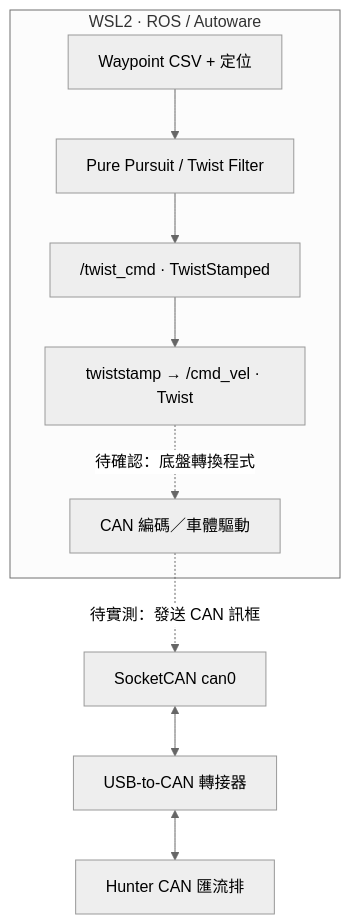
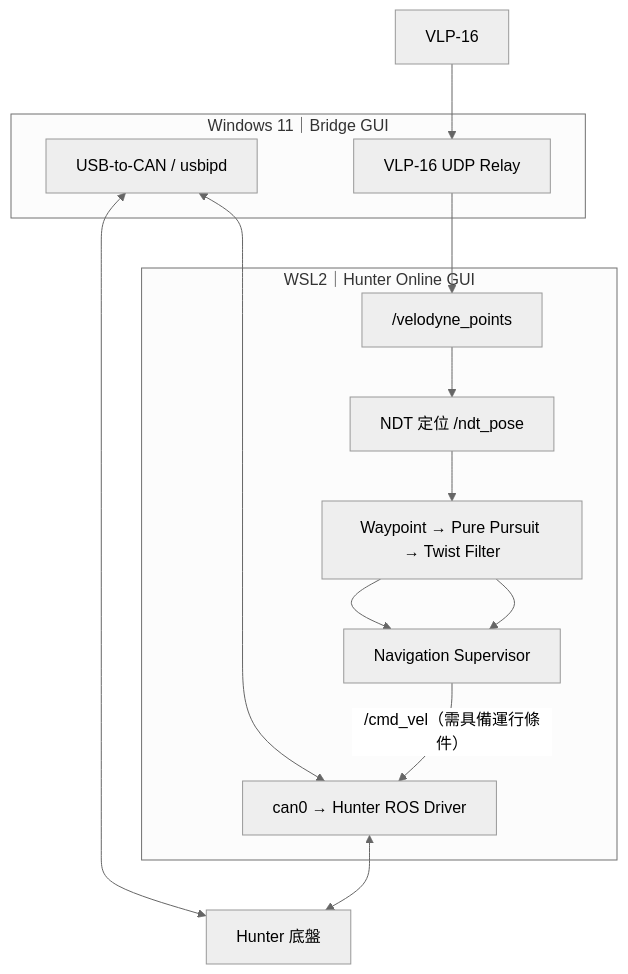
The diagram in README.md (SeaFu/Hunter-Autoware-Lite-WSL2), drawn with Mermaid (neutral theme) before and after one commit. The commit also changed other lines of this file and 26 other files, not shown here.

````diff
--- a/README.md
+++ b/README.md
@@ -69,12 +50,20 @@
 ```mermaid
 flowchart TB
-    subgraph ROS["WSL2 · ROS / Autoware"]
-      A["Waypoint CSV + 定位"] --> B["Pure Pursuit / Twist Filter"]
-      B --> C["/twist_cmd · TwistStamped"]
-      C --> D["twiststamp → /cmd_vel · Twist"]
-      D -. "待確認：底盤轉換程式" .-> E["CAN 編碼／車體驅動"]
+    subgraph Win["Windows 11｜Bridge GUI"]
+      USB["USB-to-CAN / usbipd"]
+      UDP["VLP-16 UDP Relay"]
     end
-    E -. "待實測：發送 CAN 訊框" .-> F["SocketCAN can0"]
-    F <--> G["USB-to-CAN 轉接器"]
-    G <--> H["Hunter CAN 匯流排"]
+    subgraph WSL["WSL2｜Hunter Online GUI"]
+      CAN["can0 → Hunter ROS Driver"]
+      VLP["/velodyne_points"]
+      NDT["NDT 定位 /ndt_pose"]
+      PP["Waypoint → Pure Pursuit → Twist Filter"]
+      SUP["Navigation Supervisor"]
+    end
+    Hunter["Hunter 底盤"] <--> USB
+    USB <--> CAN
+    VLP16["VLP-16"] --> UDP --> VLP --> NDT --> PP --> SUP
+    PP --> SUP
+    SUP -->|"/cmd_vel（需具備運行條件）"| CAN
+    CAN <--> Hunter
 ```
````
